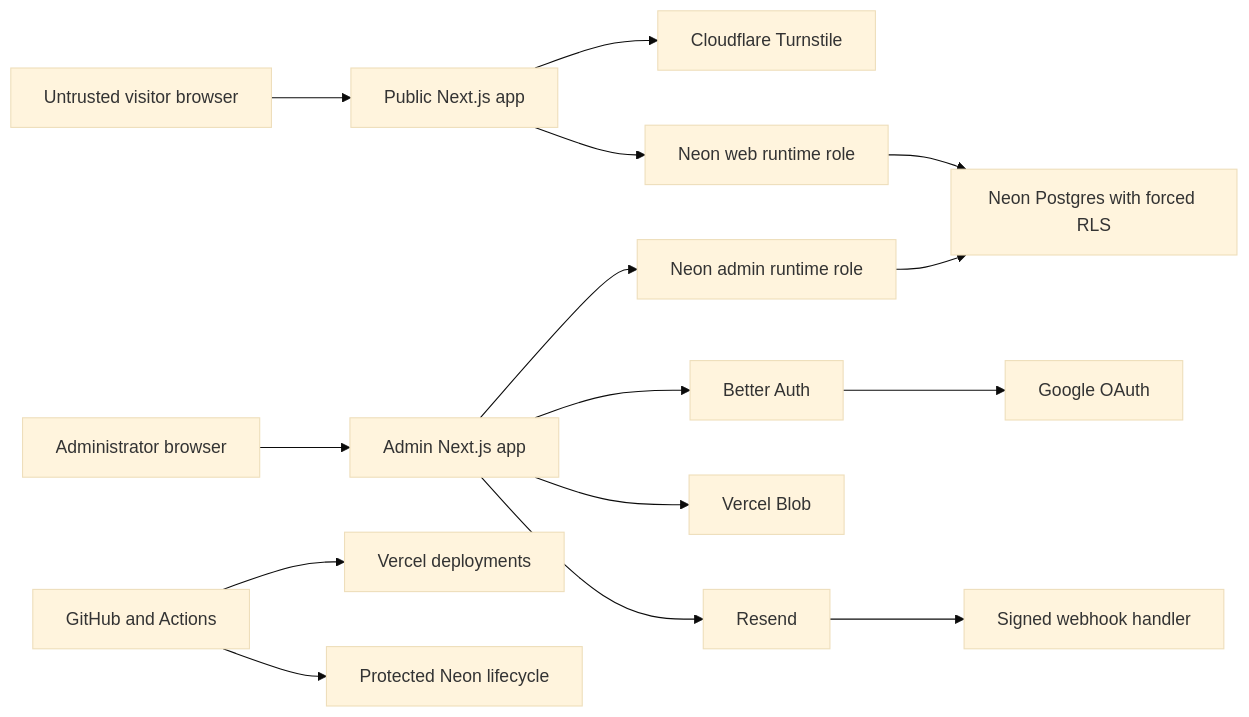
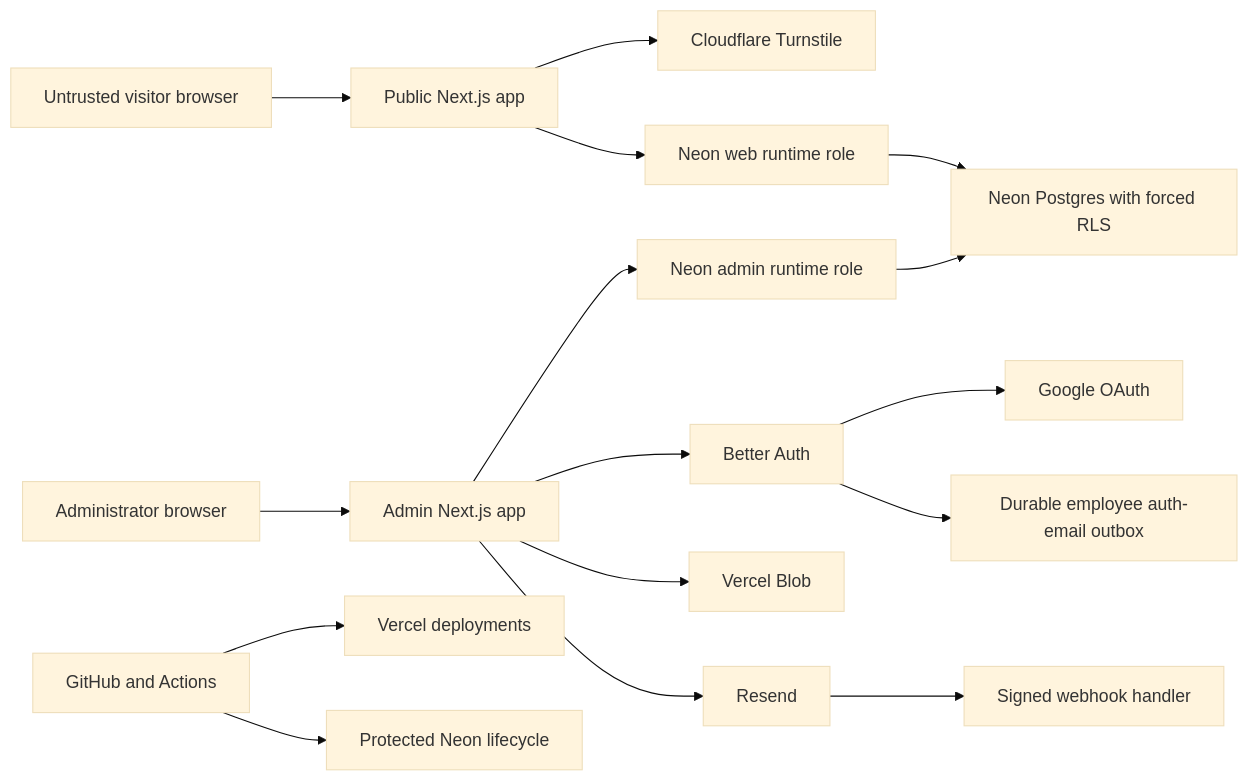
One commit to shapewebs/shapewebs-platform changed the first of 2 diagrams in docs/security/threat-model.md. Above: the diagram before and after it, drawn with Mermaid (base theme). The commit also changed other lines of this file and 60 other files, not shown here.

````diff
--- a/docs/security/threat-model.md
+++ b/docs/security/threat-model.md
@@ -10,17 +10,18 @@
 ```mermaid
 flowchart LR
   Visitor["Untrusted visitor browser"] --> Web["Public Next.js app"]
   Administrator["Administrator browser"] --> Admin["Admin Next.js app"]
   Web --> Turnstile["Cloudflare Turnstile"]
   Web --> NeonWeb["Neon web runtime role"]
   Admin --> BetterAuth["Better Auth"]
   BetterAuth --> Google["Google OAuth"]
+  BetterAuth --> AdminAuthOutbox["Durable employee auth-email outbox"]
   Admin --> NeonAdmin["Neon admin runtime role"]
   Admin --> Blob["Vercel Blob"]
   Admin --> Resend["Resend"]
   Resend --> Webhook["Signed webhook handler"]
   GitHub["GitHub and Actions"] --> Vercel["Vercel deployments"]
   GitHub --> NeonControl["Protected Neon lifecycle"]
   NeonWeb --> Database["Neon Postgres with forced RLS"]
   NeonAdmin --> Database
 ```
````
